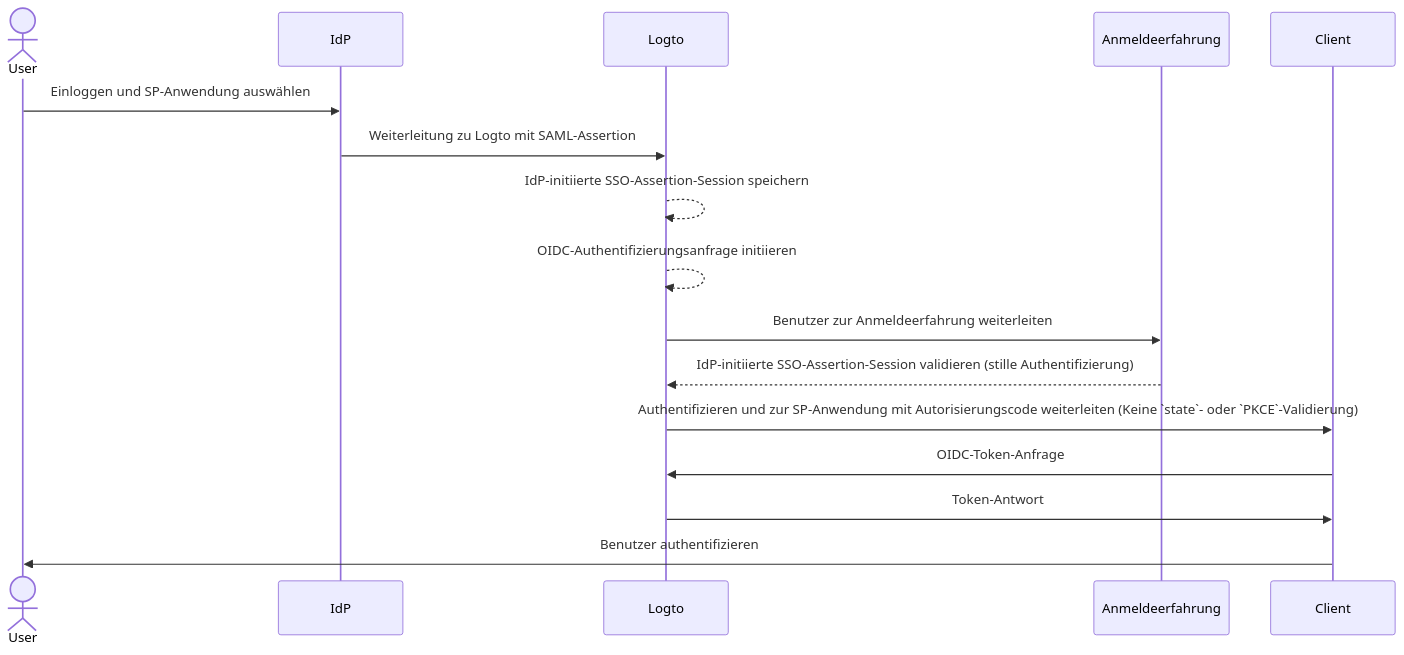
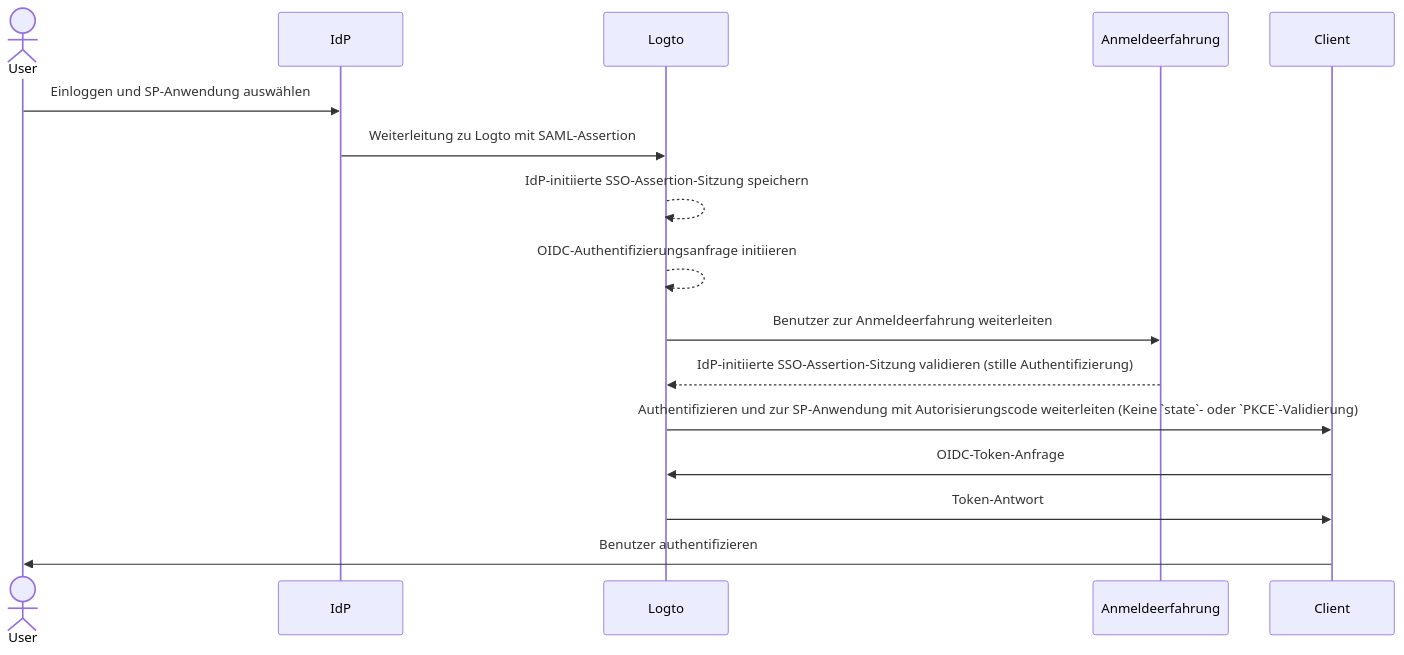
Before and after one commit to logto-io/docs: the second of 2 diagrams in i18n/de/docusaurus-plugin-content-docs/current/end-user-flows/enterprise-sso/idp-initiated-sso.mdx, drawn with Mermaid. The commit also changed other lines of this file and 2629 other files, not shown here.

````diff
--- a/i18n/de/docusaurus-plugin-content-docs/current/end-user-flows/enterprise-sso/idp-initiated-sso.mdx
+++ b/i18n/de/docusaurus-plugin-content-docs/current/end-user-flows/enterprise-sso/idp-initiated-sso.mdx
@@ -137,20 +140,20 @@
 ```mermaid
   sequenceDiagram
 
   actor User
   participant IdP as IdP
   participant Logto as Logto
   participant Experience as Anmeldeerfahrung
   participant SP as Client
 
   User->>IdP: Einloggen und SP-Anwendung auswählen
   IdP->>Logto: Weiterleitung zu Logto mit SAML-Assertion
-  Logto-->>Logto: IdP-initiierte SSO-Assertion-Session speichern
+  Logto-->>Logto: IdP-initiierte SSO-Assertion-Sitzung speichern
   Logto-->>Logto: OIDC-Authentifizierungsanfrage initiieren
   Logto->>Experience: Benutzer zur Anmeldeerfahrung weiterleiten
-  Experience-->>Logto: IdP-initiierte SSO-Assertion-Session validieren (stille Authentifizierung)
+  Experience-->>Logto: IdP-initiierte SSO-Assertion-Sitzung validieren (stille Authentifizierung)
   Logto->>SP: Authentifizieren und zur SP-Anwendung mit Autorisierungscode weiterleiten (Keine `state`- oder `PKCE`-Validierung)
   SP->>Logto: OIDC-Token-Anfrage
   Logto->>SP: Token-Antwort
   SP->>User: Benutzer authentifizieren
 ```
````
